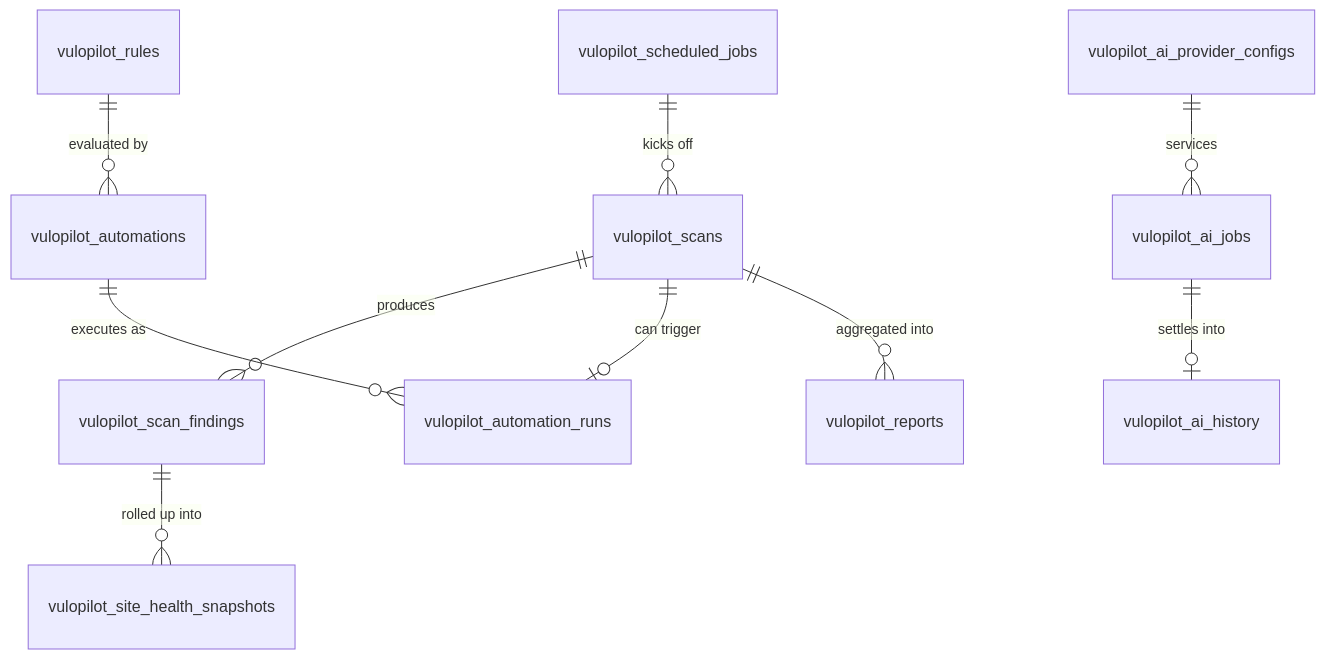
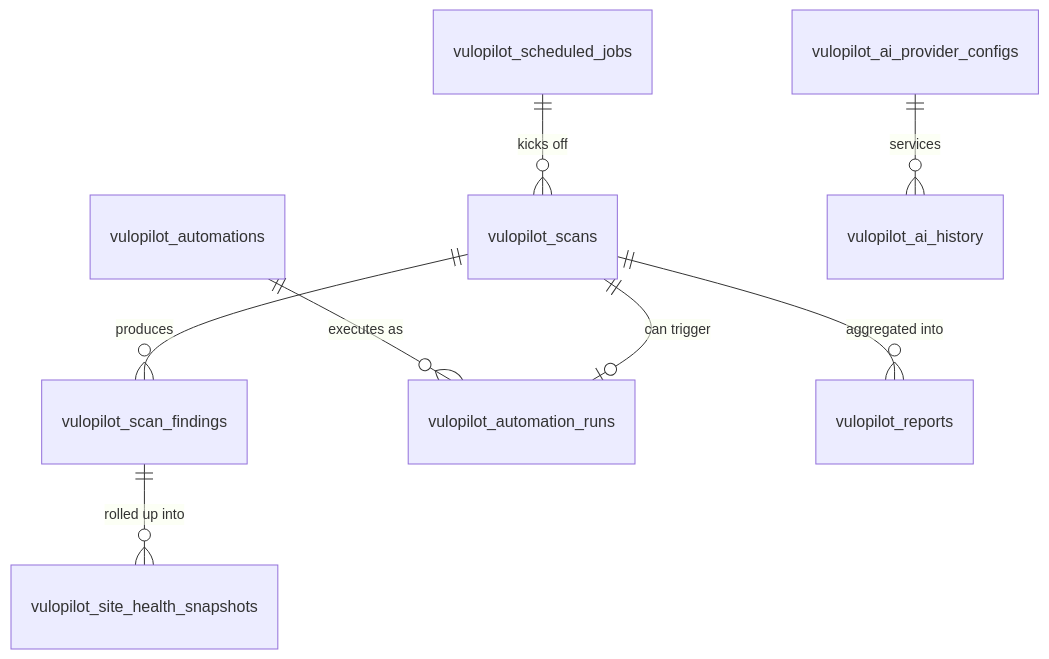
Before and after one commit to Buddhadebroy/vulolabs: the diagram in plugins/vulopilot/docs/DATABASE.md, drawn with Mermaid. The commit also changed other lines of this file and 36 other files, not shown here.

````diff
--- a/plugins/vulopilot/docs/DATABASE.md
+++ b/plugins/vulopilot/docs/DATABASE.md
@@ -90,12 +99,10 @@
 ```mermaid
 erDiagram
     vulopilot_scans ||--o{ vulopilot_scan_findings : "produces"
-    vulopilot_rules ||--o{ vulopilot_automations : "evaluated by"
     vulopilot_automations ||--o{ vulopilot_automation_runs : "executes as"
     vulopilot_scans ||--o| vulopilot_automation_runs : "can trigger"
-    vulopilot_ai_provider_configs ||--o{ vulopilot_ai_jobs : "services"
-    vulopilot_ai_jobs ||--o| vulopilot_ai_history : "settles into"
+    vulopilot_ai_provider_configs ||--o{ vulopilot_ai_history : "services"
     vulopilot_scans ||--o{ vulopilot_reports : "aggregated into"
     vulopilot_scheduled_jobs ||--o{ vulopilot_scans : "kicks off"
     vulopilot_scan_findings ||--o{ vulopilot_site_health_snapshots : "rolled up into"
 ```
````
